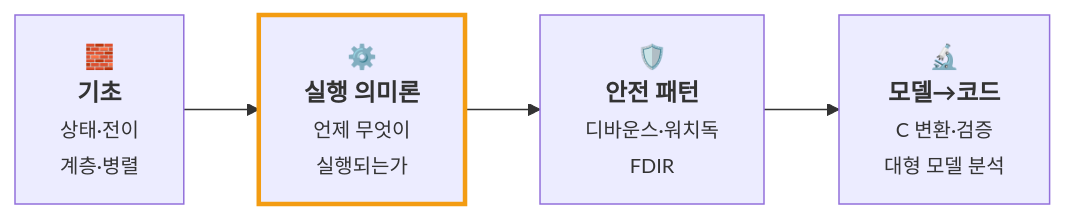
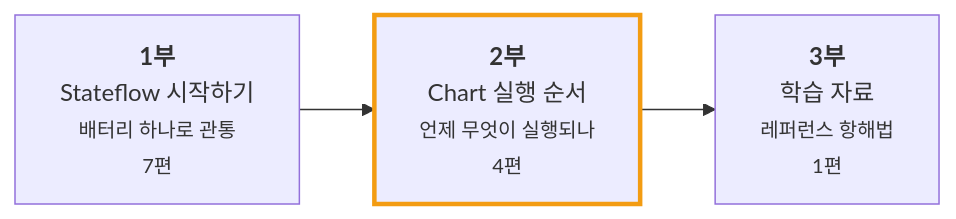
Before and after one commit to genie4youu/genie4youu.github.io: the diagram in _tabs/learning-map.md, drawn with Mermaid. The commit also changed other lines of this file and 12 other files, not shown here.

````diff
--- a/_tabs/learning-map.md
+++ b/_tabs/learning-map.md
@@ -15,10 +13,9 @@
 ```mermaid
 flowchart LR
-    P1["🧱<br/><b>기초</b><br/><small>상태·전이<br/>계층·병렬</small>"]
-    P2["⚙️<br/><b>실행 의미론</b><br/><small>언제 무엇이<br/>실행되는가</small>"]
-    P3["🛡️<br/><b>안전 패턴</b><br/><small>디바운스·워치독<br/>FDIR</small>"]
-    P4["🔬<br/><b>모델→코드</b><br/><small>C 변환·검증<br/>대형 모델 분석</small>"]
-    P1 --> P2 --> P3 --> P4
+    P1["<b>1부</b><br/>Stateflow 시작하기<br/><small>배터리 하나로 관통<br/>7편</small>"]
+    P2["<b>2부</b><br/>Chart 실행 순서<br/><small>언제 무엇이 실행되나<br/>4편</small>"]
+    P3["<b>3부</b><br/>학습 자료<br/><small>레퍼런스 항해법<br/>1편</small>"]
+    P1 --> P2 --> P3
 
     style P2 stroke:#f39c12,stroke-width:3px
 ```
````
